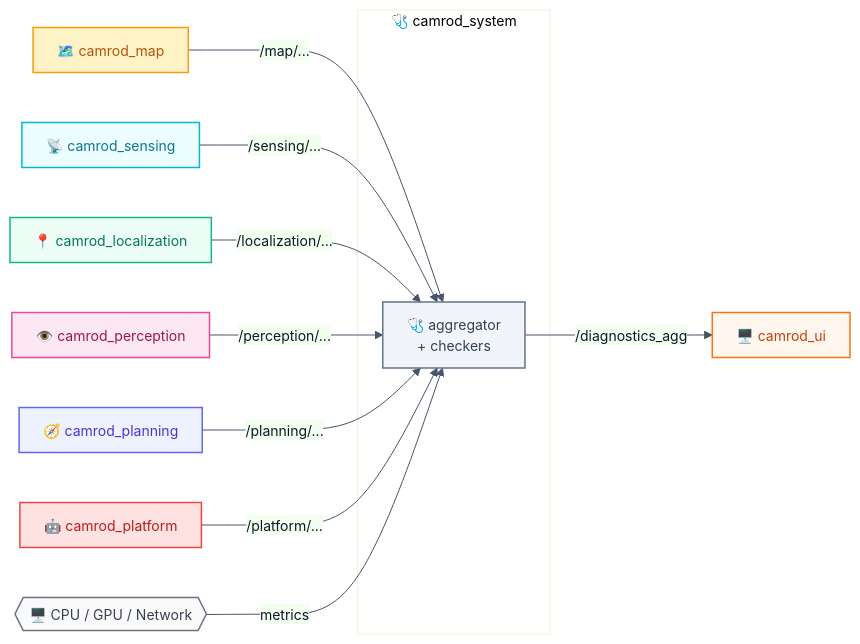
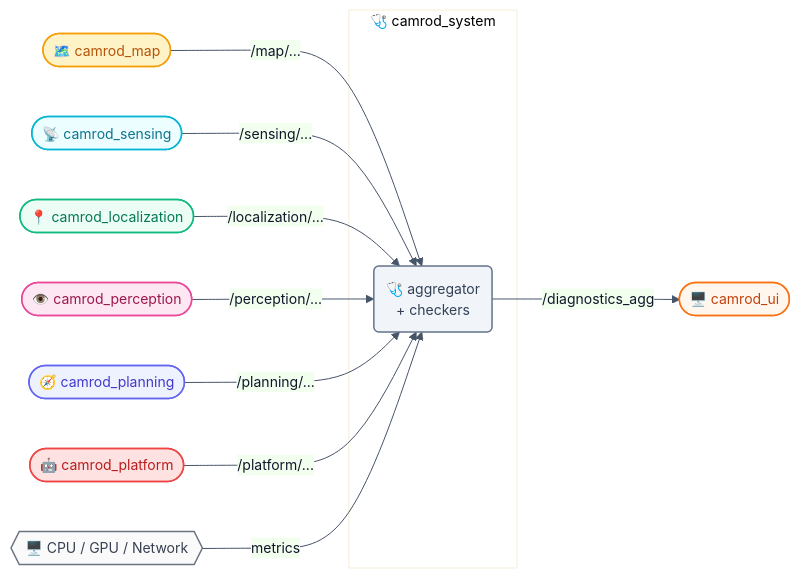
The first of 4 diagrams in camrod_system/README.md (hwanhonglee/CAMROD), drawn with Mermaid before and after one commit. The commit also changed other lines of this file and 12 other files, not shown here.

First line of the commit message:
docs(v4): unified Mermaid shape convention + runtime data flow diagram

````diff
--- a/camrod_system/README.md
+++ b/camrod_system/README.md
@@ -42,27 +42,27 @@
 ```mermaid
 %%{init: {'theme': 'base', 'themeVariables': {'fontFamily': 'ui-sans-serif, system-ui, sans-serif', 'fontSize': '14px', 'primaryColor': '#EEF2FF', 'primaryTextColor': '#0F172A', 'primaryBorderColor': '#6366F1', 'lineColor': '#475569'}, 'flowchart': {'curve': 'basis', 'htmlLabels': true, 'padding': 12}}}%%
 graph LR
-  MAP[🗺️ camrod_map]:::mapping      -->|/map/...| SYS
-  SENS[📡 camrod_sensing]:::sensing  -->|/sensing/...| SYS
-  LOC[📍 camrod_localization]:::localization -->|/localization/...| SYS
-  PER[👁️ camrod_perception]:::perception -->|/perception/...| SYS
-  PLAN[🧭 camrod_planning]:::planning -->|/planning/...| SYS
-  PLAT[🤖 camrod_platform]:::platform -->|/platform/...| SYS
+  MAP([🗺️ camrod_map]):::mapping      -->|/map/...| SYS
+  SENS([📡 camrod_sensing]):::sensing  -->|/sensing/...| SYS
+  LOC([📍 camrod_localization]):::localization -->|/localization/...| SYS
+  PER([👁️ camrod_perception]):::perception -->|/perception/...| SYS
+  PLAN([🧭 camrod_planning]):::planning -->|/planning/...| SYS
+  PLAT([🤖 camrod_platform]):::platform -->|/platform/...| SYS
   HW{{🖥️ CPU / GPU / Network}}:::hardware -->|metrics| SYS
 
   subgraph SYS_BOX["🩺 camrod_system"]
-    SYS[🩺 aggregator\n+ checkers]:::system
+    SYS(🩺 aggregator\n+ checkers):::system
   end
 
-  SYS -->|/diagnostics_agg| UI[🖥️ camrod_ui]:::ui
+  SYS -->|/diagnostics_agg| UI([🖥️ camrod_ui]):::ui
 
   classDef sensing      fill:#ECFEFF,stroke:#06B6D4,stroke-width:1.5px,color:#0E7490;
   classDef localization fill:#ECFDF5,stroke:#10B981,stroke-width:1.5px,color:#047857;
   classDef mapping      fill:#FEF3C7,stroke:#F59E0B,stroke-width:1.5px,color:#B45309;
   classDef perception   fill:#FCE7F3,stroke:#EC4899,stroke-width:1.5px,color:#9D174D;
   classDef planning     fill:#EEF2FF,stroke:#6366F1,stroke-width:1.5px,color:#4338CA;
   classDef platform     fill:#FEE2E2,stroke:#EF4444,stroke-width:1.5px,color:#B91C1C;
   classDef system       fill:#F1F5F9,stroke:#64748B,stroke-width:1.5px,color:#334155;
   classDef ui           fill:#FFF7ED,stroke:#F97316,stroke-width:1.5px,color:#C2410C;
   classDef hardware     fill:#FAFAFA,stroke:#6B7280,stroke-width:1.5px,color:#374151;
 ```
````
